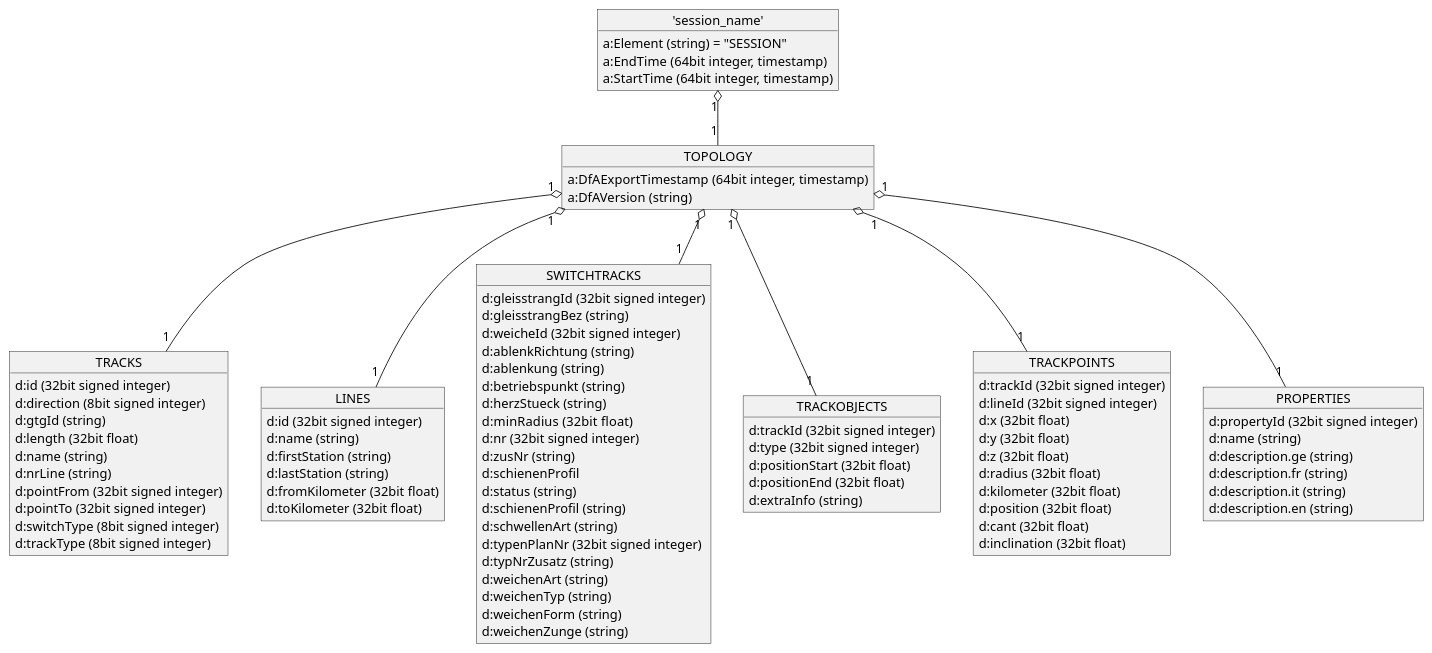
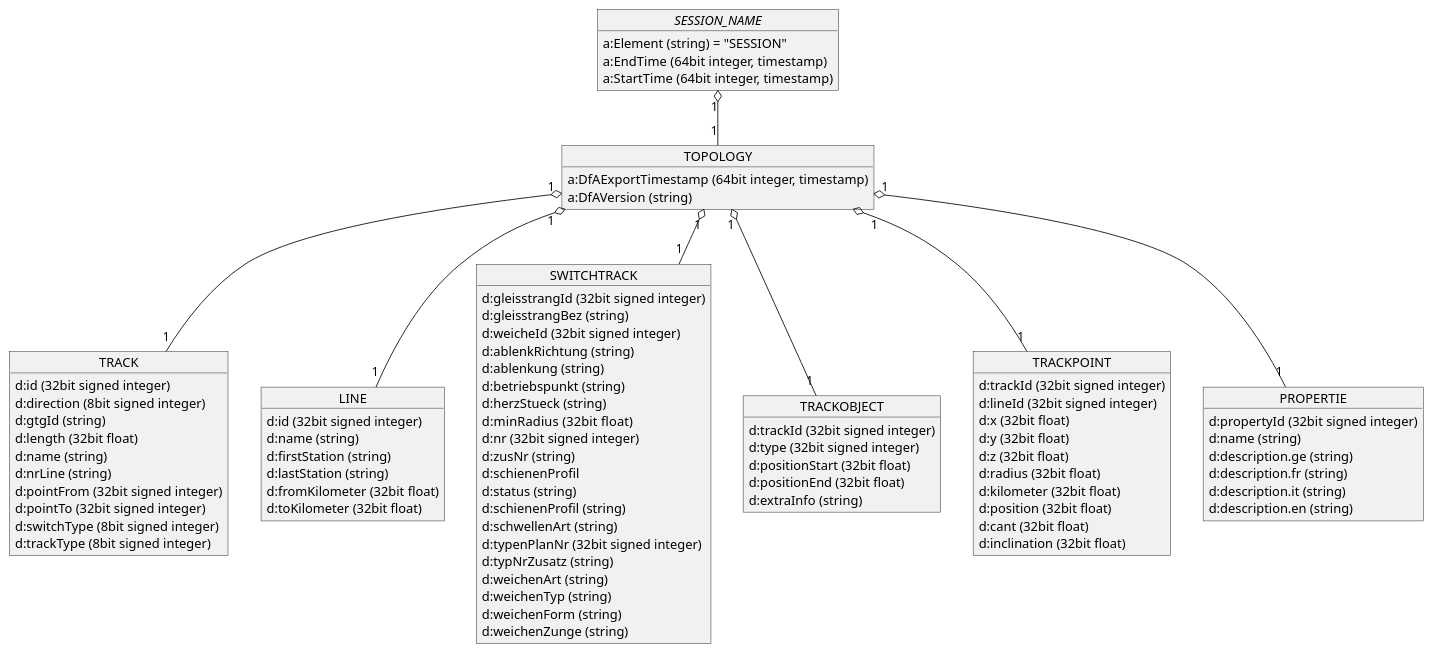
Before and after one commit to OpenRailAssociation/rcm-dx: the fourth of 9 diagrams in images.puml, drawn with PlantUML. The commit also changed other lines of this file and 2 other files, not shown here.

```diff
--- a/images.puml
+++ b/images.puml
@@ -169,98 +169,98 @@
 @startuml RCM_DX_Topology_overview
 
-  object "'session_name'" as session_name {
+  object "//SESSION_NAME//" as session_name {
     a:Element (string) = "SESSION"
     a:EndTime (64bit integer, timestamp)
     a:StartTime (64bit integer, timestamp)
   }
 
   object TOPOLOGY {
     a:DfAExportTimestamp (64bit integer, timestamp)
     a:DfAVersion (string)
   }
 
-  object TRACKS {
+  object TRACK {
     d:id (32bit signed integer)
     d:direction (8bit signed integer)
     d:gtgId (string)
     d:length (32bit float)
     d:name (string)
     d:nrLine (string)
     d:pointFrom (32bit signed integer)
     d:pointTo (32bit signed integer)
     d:switchType (8bit signed integer)
     d:trackType (8bit signed integer)
   }
 
-  object LINES {
+  object LINE {
     d:id (32bit signed integer)
     d:name (string)
     d:firstStation (string)
     d:lastStation (string)
     d:fromKilometer (32bit float)
     d:toKilometer (32bit float)
   }
 
-  object SWITCHTRACKS {
+  object SWITCHTRACK {
     d:gleisstrangId (32bit signed integer)
     d:gleisstrangBez (string)
     d:weicheId (32bit signed integer)
     d:ablenkRichtung (string)
     d:ablenkung (string)
     d:betriebspunkt (string)
     d:herzStueck (string)
     d:minRadius  (32bit float)
     d:nr (32bit signed integer)
     d:zusNr (string)
     d:schienenProfil
     d:status (string)
     d:schienenProfil (string)
     d:schwellenArt (string)
     d:typenPlanNr (32bit signed integer)
     d:typNrZusatz (string)
     d:weichenArt (string)
     d:weichenTyp (string)
     d:weichenForm (string)
     d:weichenZunge (string)
   }
 
-  object TRACKOBJECTS {
+  object TRACKOBJECT {
     d:trackId (32bit signed integer)
     d:type (32bit signed integer)
     d:positionStart (32bit float)
     d:positionEnd (32bit float)
     d:extraInfo (string)
   }
 
-  object TRACKPOINTS {
+  object TRACKPOINT {
     d:trackId (32bit signed integer)
     d:lineId (32bit signed integer)
     d:x (32bit float)
     d:y (32bit float)
     d:z (32bit float)
     d:radius (32bit float)
     d:kilometer (32bit float)
     d:position (32bit float)
     d:cant (32bit float)
     d:inclination (32bit float)
   }
 
-  object PROPERTIES {
+  object PROPERTIE {
     d:propertyId (32bit signed integer)
     d:name (string)
     d:description.ge (string)
     d:description.fr (string)
     d:description.it (string)
     d:description.en (string)
   }
 
   session_name "1" o-- "1" TOPOLOGY
 
-  TOPOLOGY "1" o-- "1" TRACKS
-  TOPOLOGY "1" o-- "1" LINES
-  TOPOLOGY "1" o-- "1" SWITCHTRACKS
-  TOPOLOGY "1" o-- "1" TRACKOBJECTS
-  TOPOLOGY "1" o-- "1" TRACKPOINTS
-  TOPOLOGY "1" o-- "1" PROPERTIES
+  TOPOLOGY "1" o-- "1" TRACK
+  TOPOLOGY "1" o-- "1" LINE
+  TOPOLOGY "1" o-- "1" SWITCHTRACK
+  TOPOLOGY "1" o-- "1" TRACKOBJECT
+  TOPOLOGY "1" o-- "1" TRACKPOINT
+  TOPOLOGY "1" o-- "1" PROPERTIE
 
 @enduml
```
